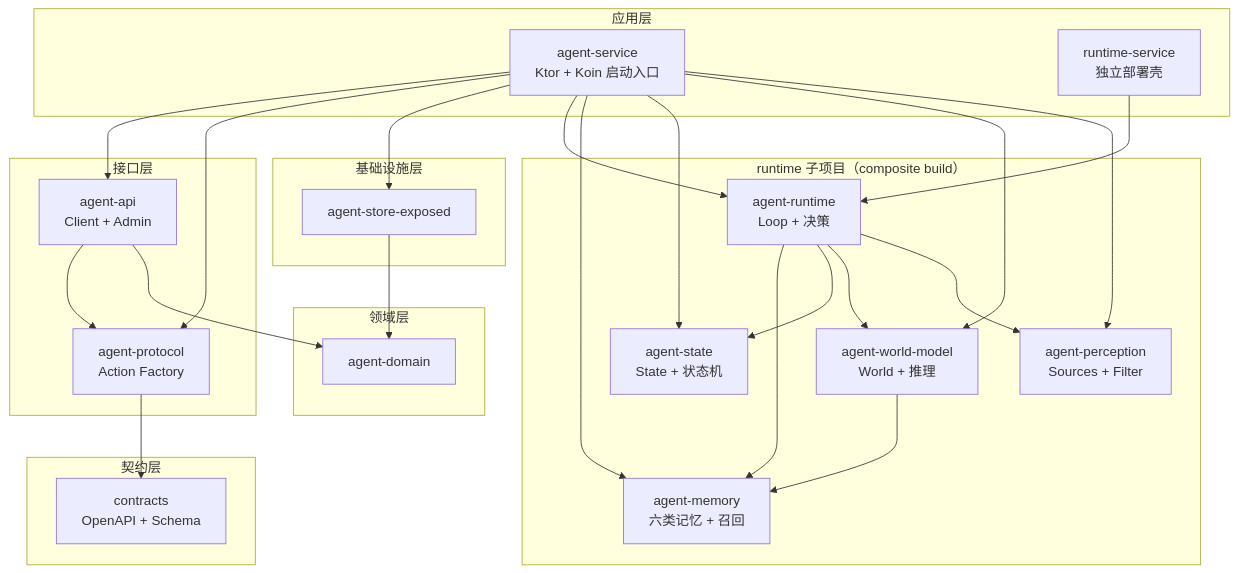
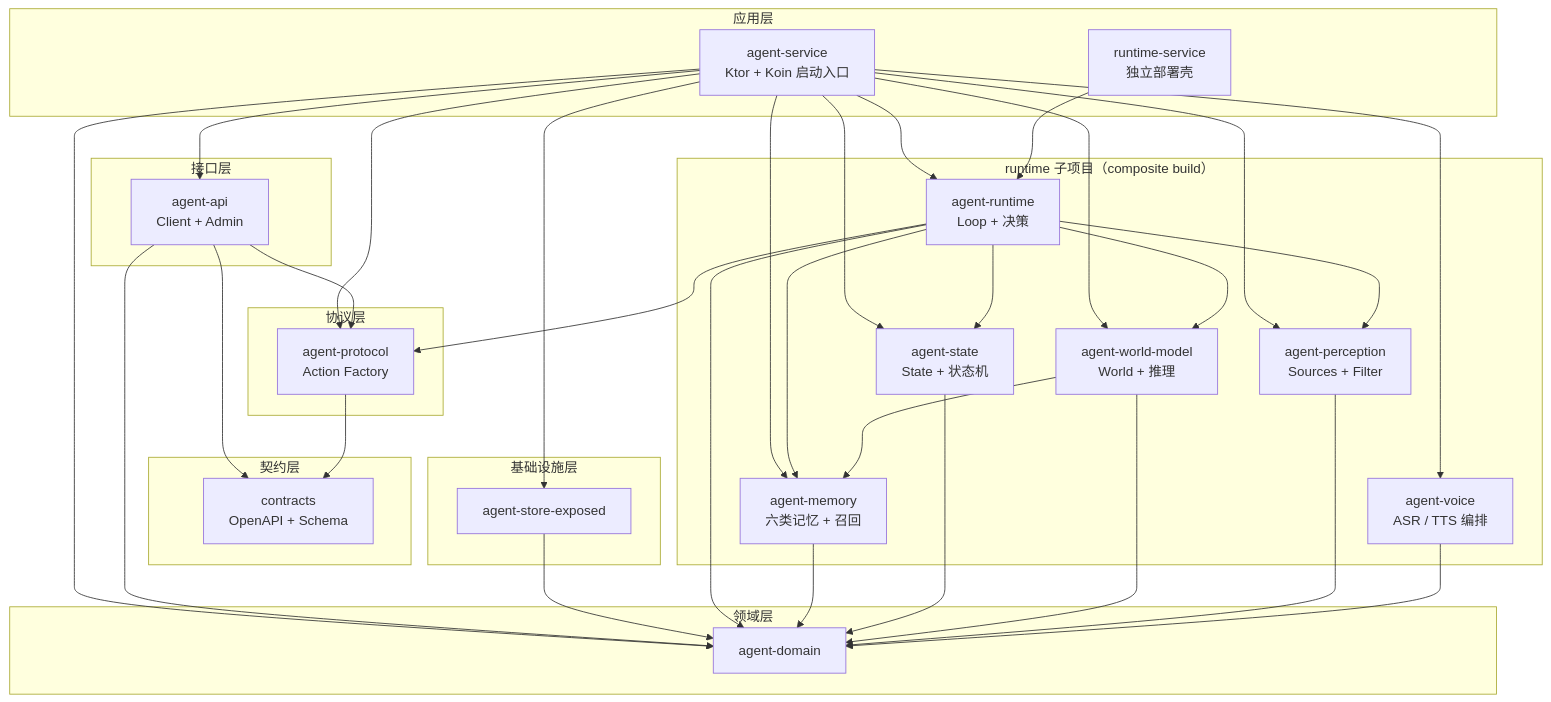
The first of 3 diagrams in architecture/AgentService工程架构.md (ayane-ai/ayane-docs), drawn with Mermaid before and after one commit. The commit also changed other lines of this file and 11 other files, not shown here.

First line of the commit message:
docs(architecture): 更新 AgentService 工程架构文档，增加语音层和认证授权模块

````diff
--- a/architecture/AgentService工程架构.md
+++ b/architecture/AgentService工程架构.md
@@ -22,54 +22,68 @@
 ```mermaid
 flowchart TB
     subgraph AppLayer["应用层"]
         AgentService[agent-service<br/>Ktor + Koin 启动入口]
         RuntimeService[runtime-service<br/>独立部署壳]
     end
 
     subgraph ApiLayer["接口层"]
         AgentApi[agent-api<br/>Client + Admin]
+    end
+
+    subgraph ProtocolLayer["协议层"]
         AgentProtocol[agent-protocol<br/>Action Factory]
     end
 
     subgraph ContractLayer["契约层"]
         Contracts[contracts<br/>OpenAPI + Schema]
     end
 
     subgraph InfraLayer["基础设施层"]
         StoreExposed[agent-store-exposed]
     end
 
     subgraph DomainLayer["领域层"]
         AgentDomain[agent-domain]
     end
 
     subgraph RuntimeCore["runtime 子项目（composite build）"]
         AgentRuntime[agent-runtime<br/>Loop + 决策]
         AgentMemory[agent-memory<br/>六类记忆 + 召回]
         AgentState[agent-state<br/>State + 状态机]
         AgentWorldModel[agent-world-model<br/>World + 推理]
         AgentPerception[agent-perception<br/>Sources + Filter]
+        AgentVoice[agent-voice<br/>ASR / TTS 编排]
     end
 
     AgentService --> AgentApi
     AgentService --> AgentProtocol
     AgentService --> StoreExposed
     AgentService --> AgentRuntime
     AgentService --> AgentMemory
     AgentService --> AgentState
     AgentService --> AgentWorldModel
     AgentService --> AgentPerception
+    AgentService --> AgentVoice
+    AgentService --> AgentDomain
 
     AgentApi --> AgentProtocol
     AgentApi --> AgentDomain
+    AgentApi --> Contracts
     AgentProtocol --> Contracts
     StoreExposed --> AgentDomain
 
+    AgentRuntime --> AgentDomain
+    AgentRuntime --> AgentProtocol
     AgentRuntime --> AgentMemory
     AgentRuntime --> AgentState
     AgentRuntime --> AgentWorldModel
     AgentRuntime --> AgentPerception
     AgentWorldModel --> AgentMemory
+    AgentMemory --> AgentDomain
+    AgentState --> AgentDomain
+    AgentWorldModel --> AgentDomain
+    AgentPerception --> AgentDomain
+    AgentVoice --> AgentDomain
 
     RuntimeService --> AgentRuntime
 ```
````
